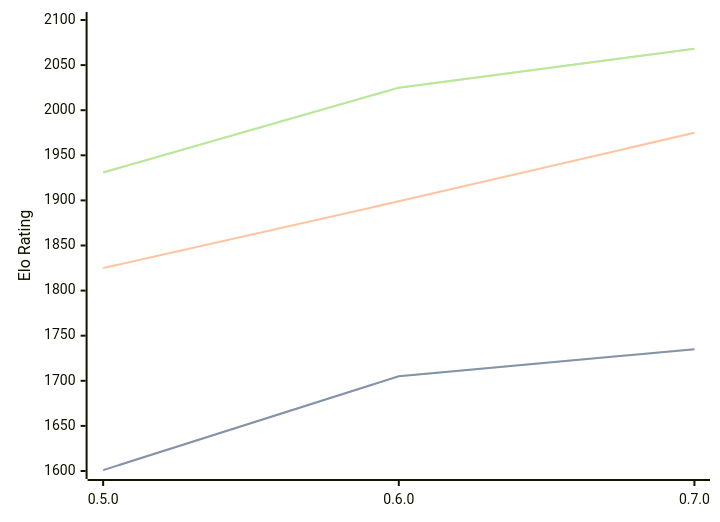
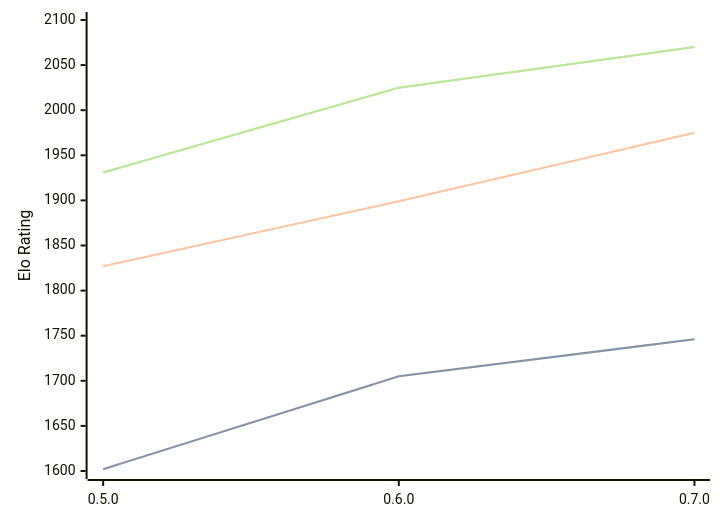
One commit to computer-chess-index/cci changed the diagram in engines/Chess-rs.md. Above: the diagram before and after it, drawn with Mermaid. The commit also changed other lines of this file, not shown here.

Commit message:
Update CCI Ratings (ELO VLTC) - 2026-02-21

````diff
--- a/engines/Chess-rs.md
+++ b/engines/Chess-rs.md
@@ -38,11 +38,11 @@
 ```mermaid
 %%{init: {"theme":"base","themeVariables":{"seriesColors:['#a3a3a3','#222221','#faa371']}}}%%
 xychart-beta
   x-axis ["0.5.0", "0.6.0", "0.7.0"]
   y-axis "Elo Rating" 1600 --> 2100
-  line "STC (8.0+0.08s)" [1601, 1705, 1735]
-  line "STC (8.0+0.08s)" [1601, 1705, 1735]
-  line "LTC (60.0+0.60s)" [1825, 1899, 1975]
-  line "VLTC (2m24s+1.12s)" [1931, 2025, 2068]
-  line "VLTC (2m24s+1.12s)" [1931, 2025, 2068]
+  line "STC (8.0+0.08s)" [1602, 1705, 1746]
+  line "STC (8.0+0.08s)" [1602, 1705, 1746]
+  line "LTC (60.0+0.60s)" [1827, 1899, 1975]
+  line "VLTC (2m24s+1.12s)" [1931, 2025, 2070]
+  line "VLTC (2m24s+1.12s)" [1931, 2025, 2070]
 ```
````
